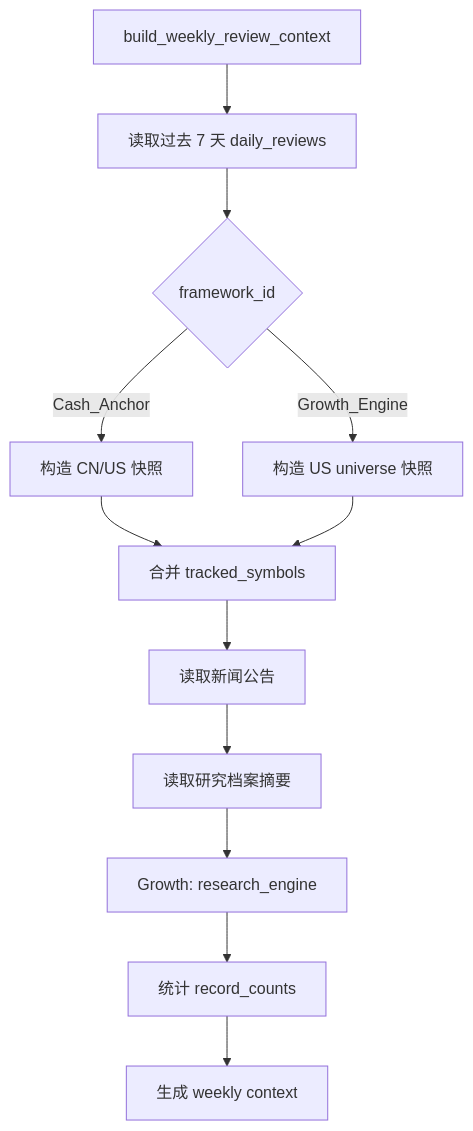
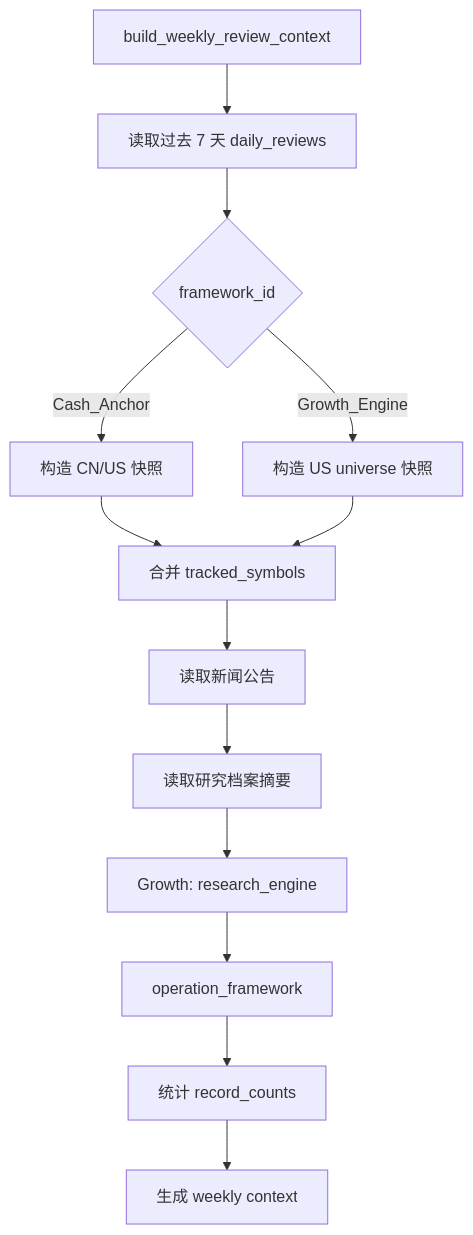
Before and after one commit to dyccodehome/private-investment-butler: the eighth of 11 diagrams in docs/技术架构文档.md, drawn with Mermaid. The commit also changed other lines of this file and 11 other files, not shown here.

Commit message:
Add operation framework MVP

````diff
--- a/docs/技术架构文档.md
+++ b/docs/技术架构文档.md
@@ -306,14 +370,15 @@
 ```mermaid
 flowchart TD
   A["build_weekly_review_context"] --> B["读取过去 7 天 daily_reviews"]
   B --> C{"framework_id"}
   C -- "Cash_Anchor" --> D["构造 CN/US 快照"]
   C -- "Growth_Engine" --> E["构造 US universe 快照"]
   D --> F["合并 tracked_symbols"]
   E --> F
   F --> G["读取新闻公告"]
   G --> H["读取研究档案摘要"]
   H --> I["Growth: research_engine"]
-  I --> J["统计 record_counts"]
-  J --> K["生成 weekly context"]
+  I --> J["operation_framework"]
+  J --> K["统计 record_counts"]
+  K --> L["生成 weekly context"]
 ```
````
